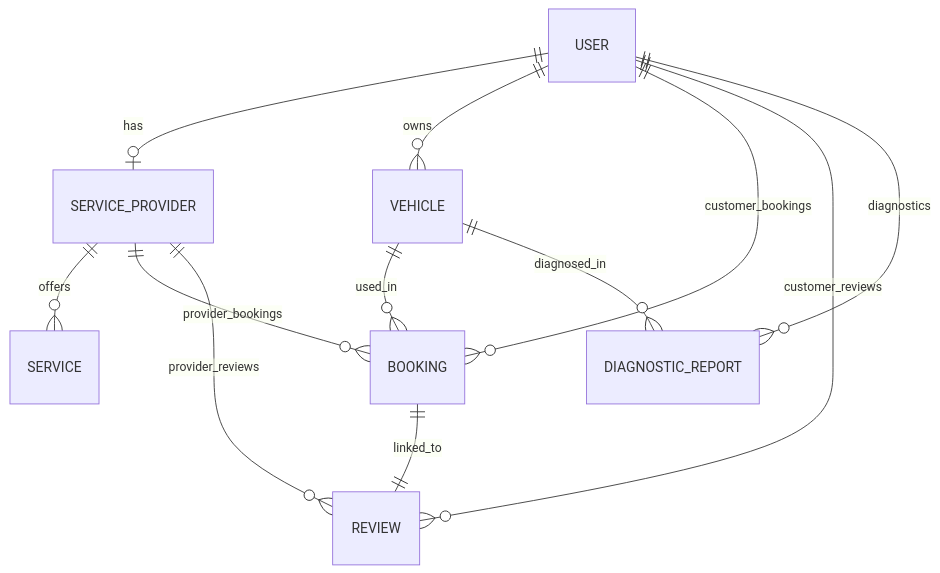
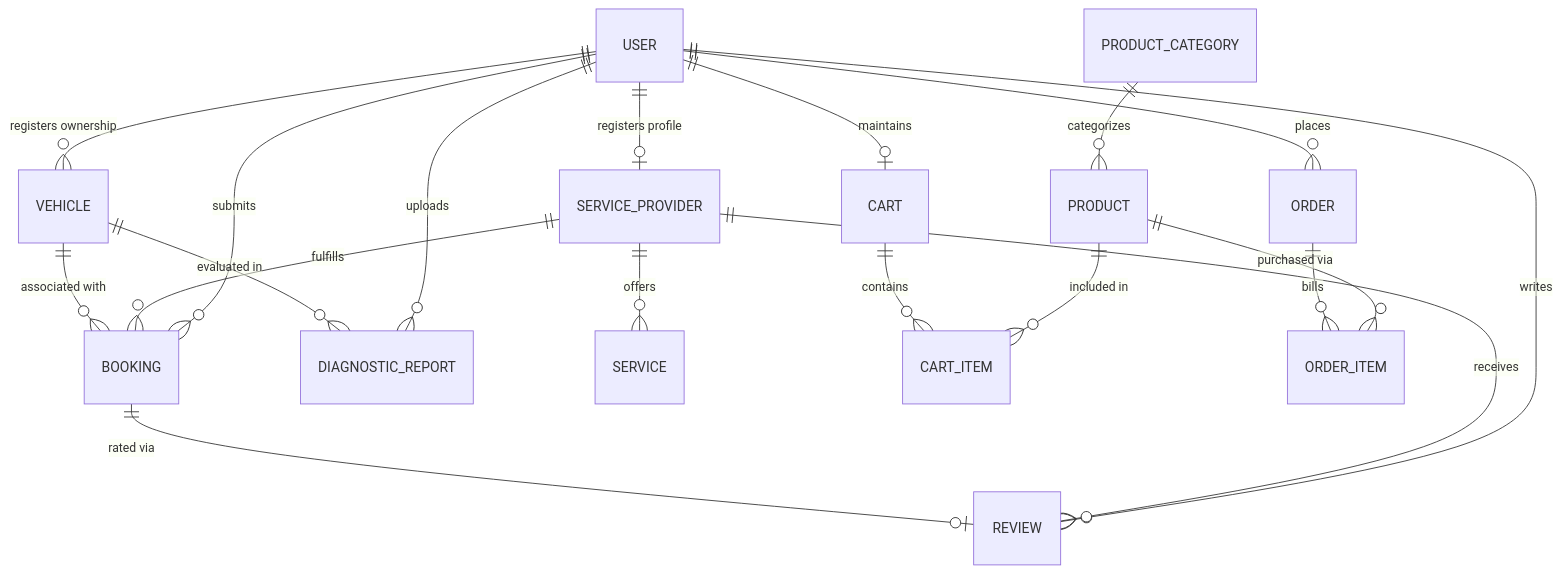
One commit to ROS-RENDO/TechTuneHealer changed the diagram in TechTune_Healer_Internship_Report.md. Above: the diagram before and after it, drawn with Mermaid. The commit also changed other lines of this file and 12 other files, not shown here.

````diff
--- a/TechTune_Healer_Internship_Report.md
+++ b/TechTune_Healer_Internship_Report.md
@@ -220,17 +289,25 @@
 ```mermaid
 erDiagram
-    USER ||--o| SERVICE_PROVIDER : has
-    USER ||--o{ VEHICLE : owns
-    USER ||--o{ BOOKING : customer_bookings
-    USER ||--o{ REVIEW : customer_reviews
-    USER ||--o{ DIAGNOSTIC_REPORT : diagnostics
+    USER ||--o| SERVICE_PROVIDER : "registers profile"
+    USER ||--o{ VEHICLE : "registers ownership"
+    USER ||--o{ BOOKING : "submits"
+    USER ||--o{ REVIEW : "writes"
+    USER ||--o{ DIAGNOSTIC_REPORT : "uploads"
+    USER ||--o| CART : "maintains"
+    USER ||--o{ ORDER : "places"
     
-    SERVICE_PROVIDER ||--o{ SERVICE : offers
-    SERVICE_PROVIDER ||--o{ BOOKING : provider_bookings
-    SERVICE_PROVIDER ||--o{ REVIEW : provider_reviews
+    SERVICE_PROVIDER ||--o{ SERVICE : "offers"
+    SERVICE_PROVIDER ||--o{ BOOKING : "fulfills"
+    SERVICE_PROVIDER ||--o{ REVIEW : "receives"
     
-    VEHICLE ||--o{ BOOKING : used_in
-    VEHICLE ||--o{ DIAGNOSTIC_REPORT : diagnosed_in
+    VEHICLE ||--o{ BOOKING : "associated with"
+    VEHICLE ||--o{ DIAGNOSTIC_REPORT : "evaluated in"
     
-    BOOKING ||--|| REVIEW : linked_to
+    BOOKING ||--o| REVIEW : "rated via"
+    
+    PRODUCT_CATEGORY ||--o{ PRODUCT : "categorizes"
+    PRODUCT ||--o{ CART_ITEM : "included in"
+    PRODUCT ||--o{ ORDER_ITEM : "purchased via"
+    CART ||--o{ CART_ITEM : "contains"
+    ORDER ||--o{ ORDER_ITEM : "bills"
 ```
````
